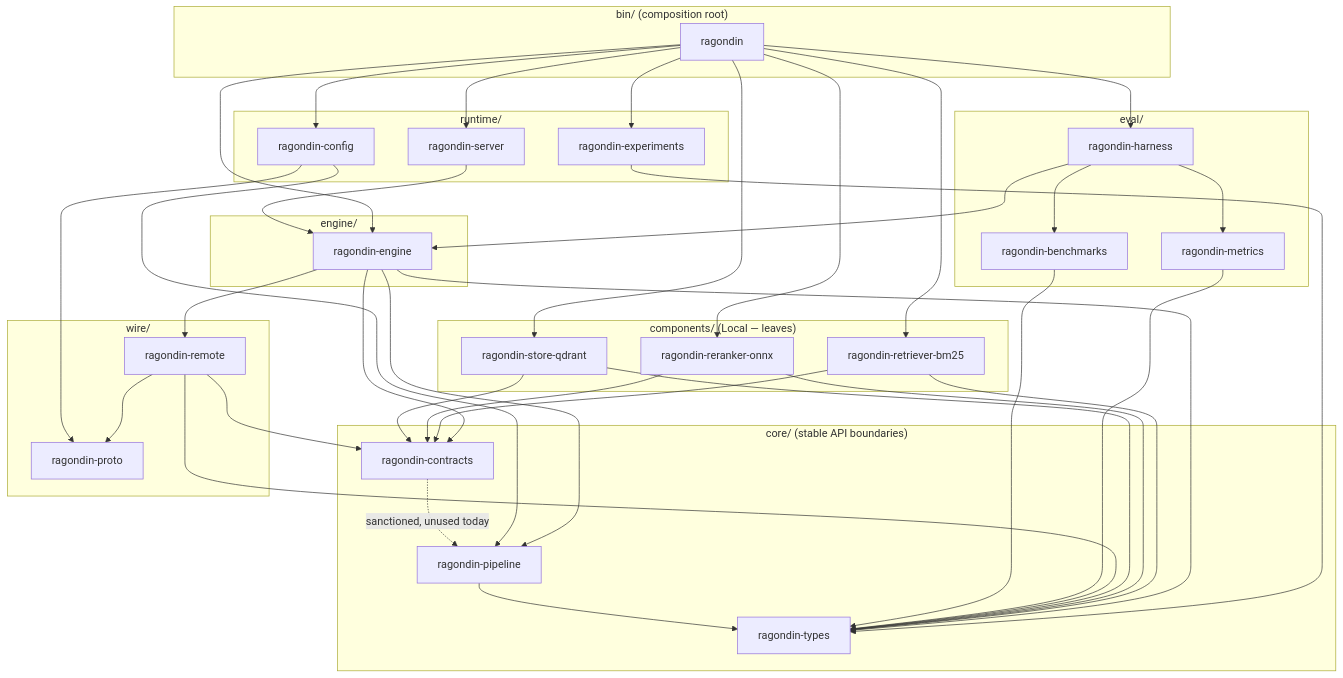
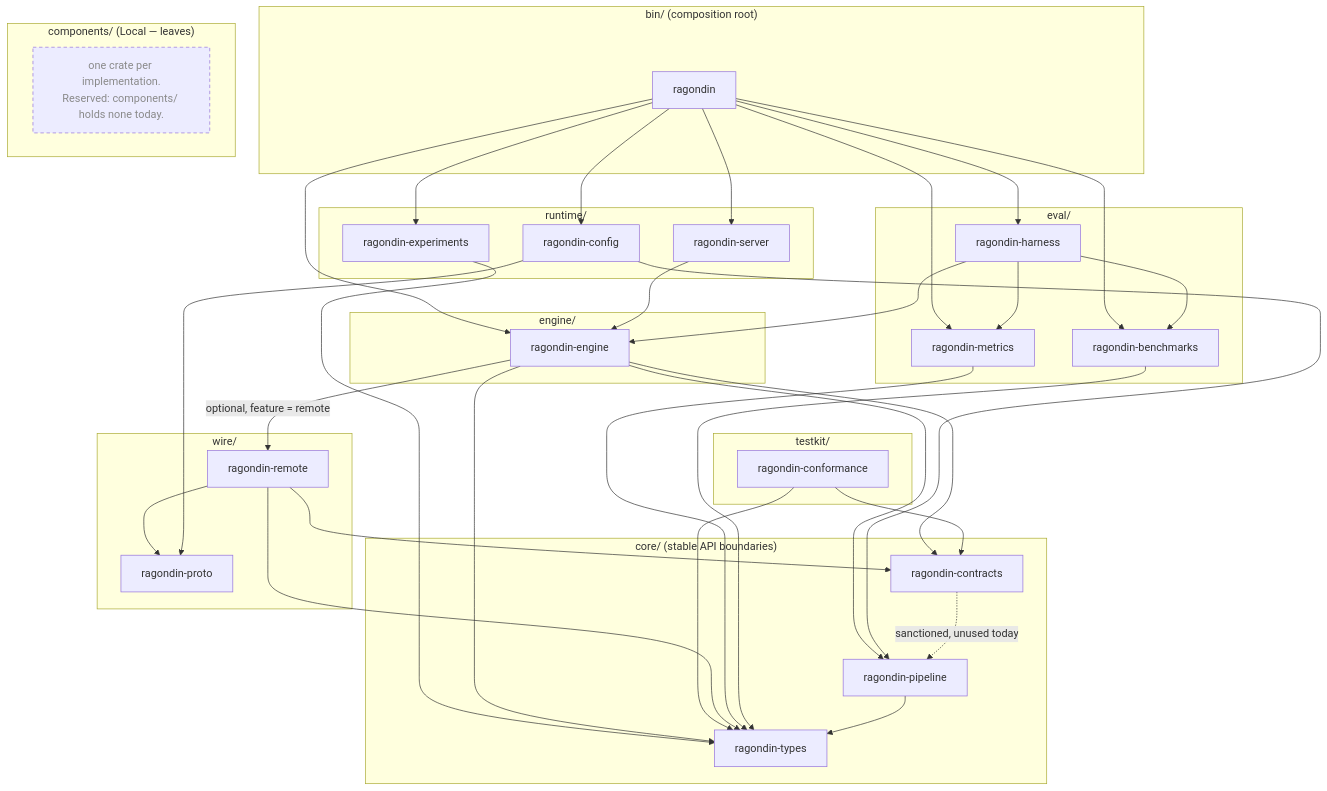
Before and after one commit to genesary/Ragondin: the first of 4 diagrams in docs/code-architecture.md, drawn with Mermaid. The commit also changed other lines of this file, not shown here.

First line of the commit message:
docs(code-architecture): draw the crate graph, the execution path and the registry as built (#136)

````diff
--- a/docs/code-architecture.md
+++ b/docs/code-architecture.md
@@ -178,47 +178,51 @@
 ```mermaid
 flowchart TB
   subgraph BIN["bin/ (composition root)"]
     RAG[ragondin]
   end
   subgraph RUNTIME["runtime/"]
     SRV[ragondin-server]
     EXP[ragondin-experiments]
     CFG[ragondin-config]
   end
   subgraph EVAL["eval/"]
     HAR[ragondin-harness]
     MET[ragondin-metrics]
     BEN[ragondin-benchmarks]
   end
   subgraph ENGINE["engine/"]
     ENG[ragondin-engine]
   end
+  subgraph TESTKIT["testkit/"]
+    CNF[ragondin-conformance]
+  end
   subgraph COMP["components/ (Local — leaves)"]
-    C1[ragondin-retriever-bm25]
-    C2[ragondin-reranker-onnx]
-    C3[ragondin-store-qdrant]
+    CX["one crate per implementation.<br/>Reserved: components/ holds none today."]
   end
   subgraph WIRE["wire/"]
     PRO[ragondin-proto]
     REM[ragondin-remote]
   end
   subgraph CORE["core/ (stable API boundaries)"]
     CON[ragondin-contracts]
     PIP[ragondin-pipeline]
     TYP[ragondin-types]
   end
 
-  RAG --> SRV & HAR & EXP & CFG & ENG
-  RAG --> C1 & C2 & C3
+  RAG --> SRV & HAR & EXP & CFG & ENG & MET & BEN
   SRV --> ENG
   HAR --> ENG & MET & BEN
   EXP --> TYP
-  ENG --> CON & PIP & TYP & REM
-  C1 & C2 & C3 --> CON & TYP
+  ENG --> CON & PIP & TYP
+  ENG -->|"optional, feature = remote"| REM
+  CNF --> CON & TYP
   REM --> CON & TYP & PRO
   MET --> TYP
   BEN --> TYP
   CFG --> PIP & PRO
   CON -.->|"sanctioned, unused today"| PIP
   PIP --> TYP
+
+  classDef reserved stroke-dasharray:5 4,color:#8a8a8a
+  class CX reserved
 ```
````
